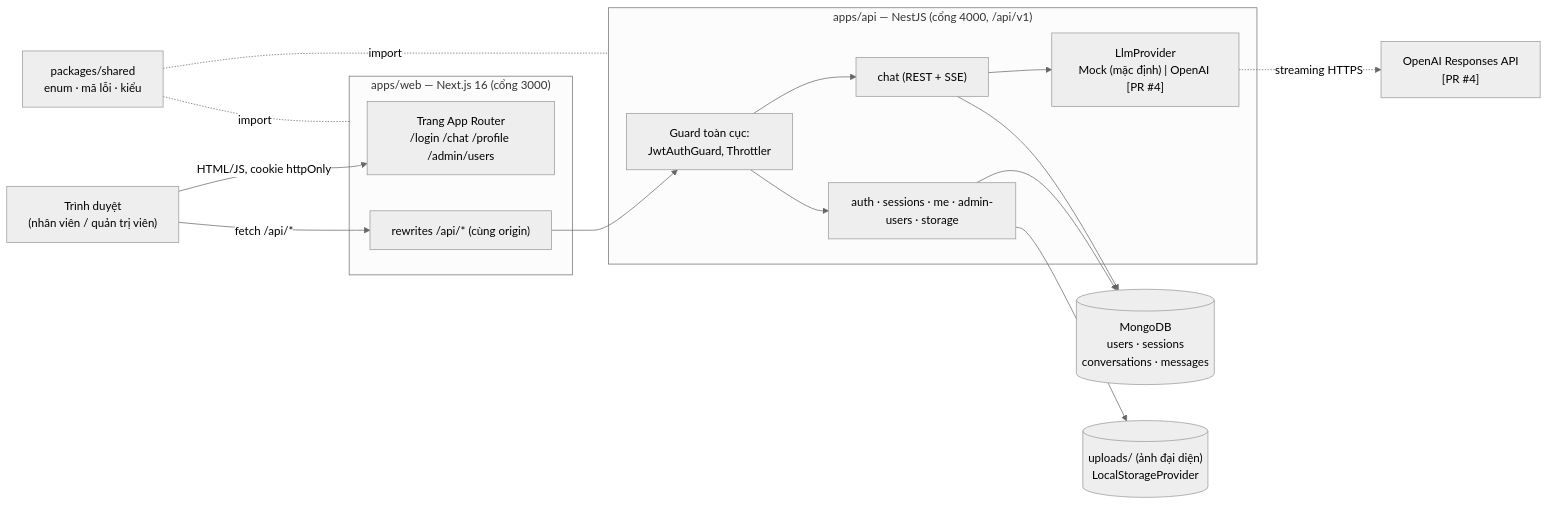
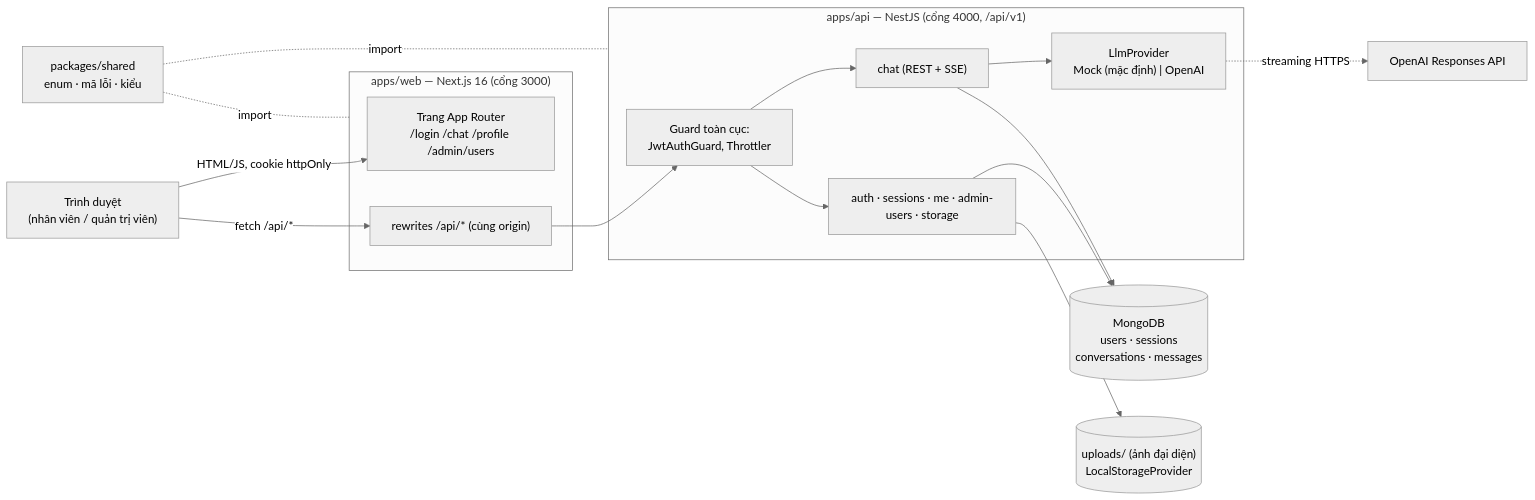
The first of 4 diagrams in docs/thesis/02-requirements-and-design.md (duong2604/cat_gpt), drawn with Mermaid (neutral theme) before and after one commit. The commit also changed other lines of this file and 9 other files, not shown here.

````diff
--- a/docs/thesis/02-requirements-and-design.md
+++ b/docs/thesis/02-requirements-and-design.md
@@ -69,28 +69,28 @@
 ```mermaid
 flowchart LR
   B["Trình duyệt<br/>(nhân viên / quản trị viên)"]
   subgraph WEB["apps/web — Next.js 16 (cổng 3000)"]
     UI["Trang App Router<br/>/login /chat /profile /admin/users"]
     RW["rewrites /api/* (cùng origin)"]
   end
   subgraph API["apps/api — NestJS (cổng 4000, /api/v1)"]
     G["Guard toàn cục:<br/>JwtAuthGuard, Throttler"]
     M1["auth · sessions · me · admin-users · storage"]
     M2["chat (REST + SSE)"]
-    L["LlmProvider<br/>Mock (mặc định) | OpenAI [PR #4]"]
+    L["LlmProvider<br/>Mock (mặc định) | OpenAI"]
   end
   DB[("MongoDB<br/>users · sessions<br/>conversations · messages")]
   FS[("uploads/ (ảnh đại diện)<br/>LocalStorageProvider")]
-  OAI["OpenAI Responses API<br/>[PR #4]"]
+  OAI["OpenAI Responses API"]
   SH["packages/shared<br/>enum · mã lỗi · kiểu"]
 
   B -- "HTML/JS, cookie httpOnly" --> UI
   B -- "fetch /api/*" --> RW --> G
   G --> M1 & M2
   M2 --> L
   L -. "streaming HTTPS" .-> OAI
   M1 & M2 --> DB
   M1 --> FS
   SH -. "import" .- WEB
   SH -. "import" .- API
 ```
````
